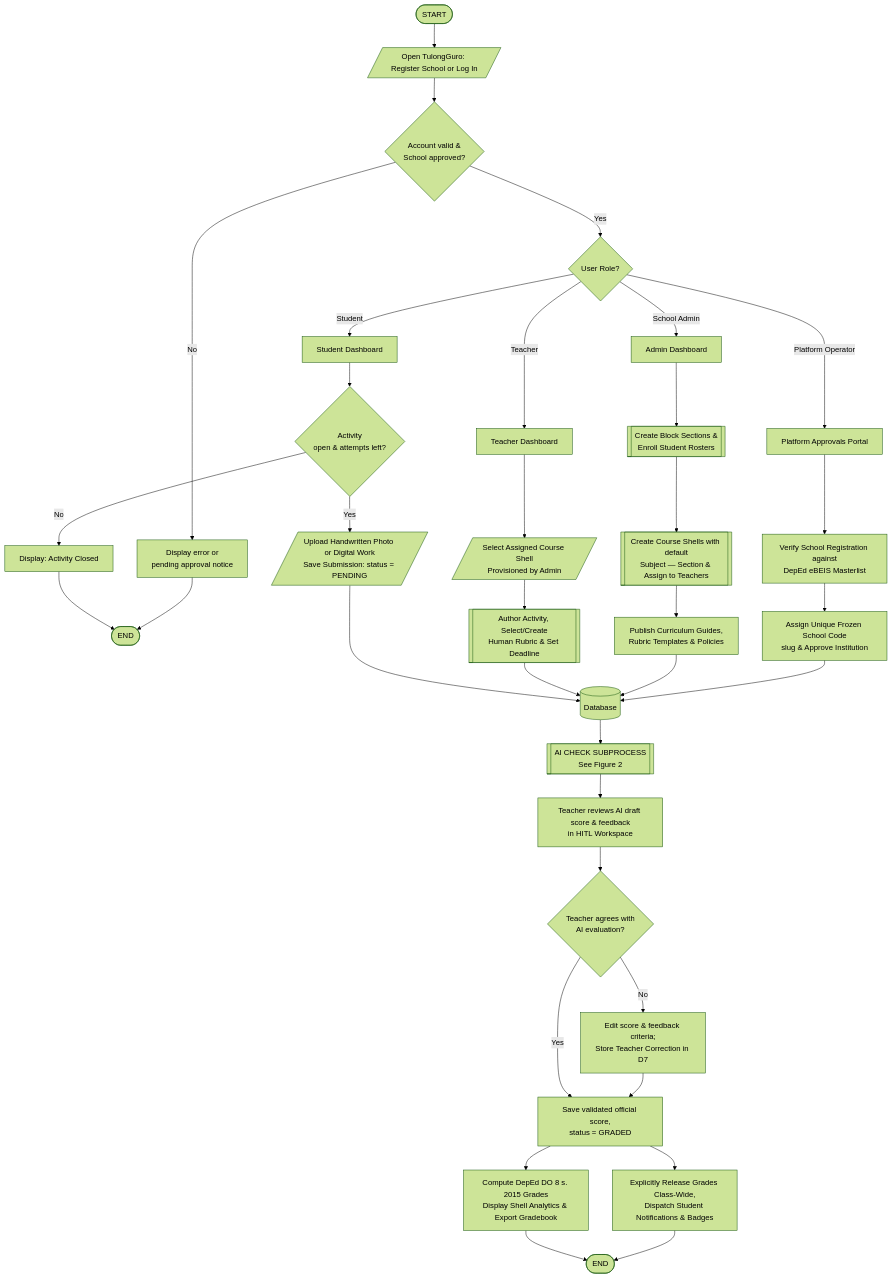
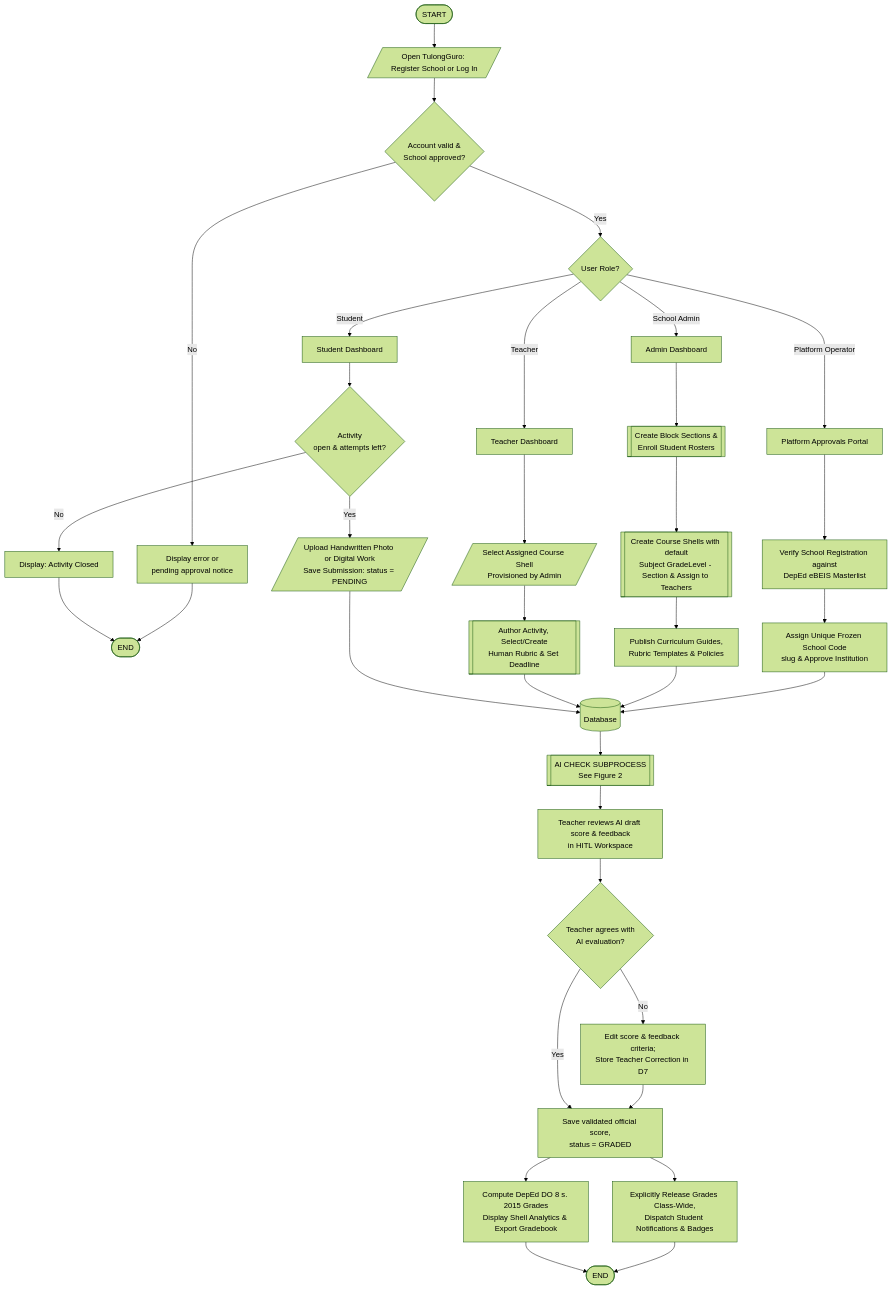
One commit to Damudachi/TulongGuro changed the first of 2 diagrams in docs/SYSTEM-FLOWCHART-AND-PSEUDOCODE.md. Above: the diagram before and after it, drawn with Mermaid (forest theme). The commit also changed other lines of this file and 17 other files, not shown here.

````diff
--- a/docs/SYSTEM-FLOWCHART-AND-PSEUDOCODE.md
+++ b/docs/SYSTEM-FLOWCHART-AND-PSEUDOCODE.md
@@ -11,47 +11,47 @@
 ```mermaid
 flowchart TD
     S([START]) --> O[/Open TulongGuro: Register School or Log In/]
     O --> V{Account valid &<br/>School approved?}
     V -- No --> X[Display error or<br/>pending approval notice]
     X --> E1([END])
     V -- Yes --> R{User Role?}
 
     %% PLATFORM ADMIN ROLE FLOW
     R -- Platform Operator --> PL1[Platform Approvals Portal]
     PL1 --> PL2[Verify School Registration against<br/>DepEd eBEIS Masterlist]
     PL2 --> PL3[Assign Unique Frozen School Code<br/>slug & Approve Institution]
     PL3 --> DB[(Database)]
 
     %% SCHOOL ADMIN ROLE FLOW
     R -- School Admin --> AD1[Admin Dashboard]
     AD1 --> AD2[[Create Block Sections &<br/>Enroll Student Rosters]]
-    AD2 --> AD3[[Create Course Shells with default<br/>Subject — Section & Assign to Teachers]]
+    AD2 --> AD3[[Create Course Shells with default<br/>Subject GradeLevel - Section & Assign to Teachers]]
     AD3 --> AD4[Publish Curriculum Guides,<br/>Rubric Templates & Policies]
     AD4 --> DB
 
     %% TEACHER ROLE FLOW
     R -- Teacher --> TE1[Teacher Dashboard]
     TE1 --> TE2[/Select Assigned Course Shell<br/>Provisioned by Admin/]
     TE2 --> TE3[[Author Activity, Select/Create<br/>Human Rubric & Set Deadline]]
     TE3 --> DB
 
     %% STUDENT ROLE FLOW
     R -- Student --> ST1[Student Dashboard]
     ST1 --> SO{Activity<br/>open & attempts left?}
     SO -- No --> SC[Display: Activity Closed]
     SC --> E1
     SO -- Yes --> SU[/Upload Handwritten Photo or Digital Work<br/>Save Submission: status = PENDING/]
     SU --> DB
 
     %% GRADING & HUMAN-IN-THE-LOOP PIPELINE
     DB --> AI[[AI CHECK SUBPROCESS<br/>See Figure 2]]
     AI --> HR[Teacher reviews AI draft score & feedback<br/>in HITL Workspace]
     HR --> AG{Teacher agrees with<br/>AI evaluation?}
     AG -- No --> ED[Edit score & feedback criteria;<br/>Store Teacher Correction in D7]
     ED --> VG
     AG -- Yes --> VG[Save validated official score,<br/>status = GRADED]
     VG --> RL[Explicitly Release Grades Class-Wide,<br/>Dispatch Student Notifications & Badges]
     VG --> CG[Compute DepEd DO 8 s. 2015 Grades<br/>Display Shell Analytics & Export Gradebook]
     RL --> E2([END])
     CG --> E2
 ```
````
